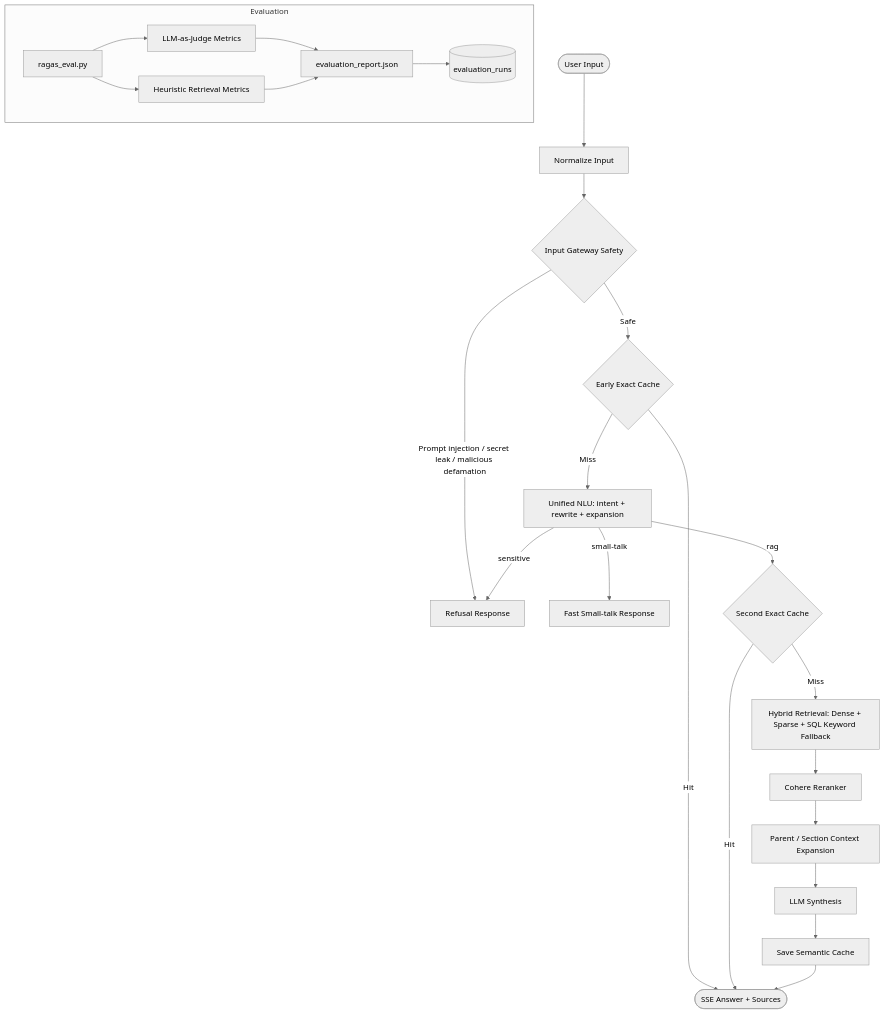
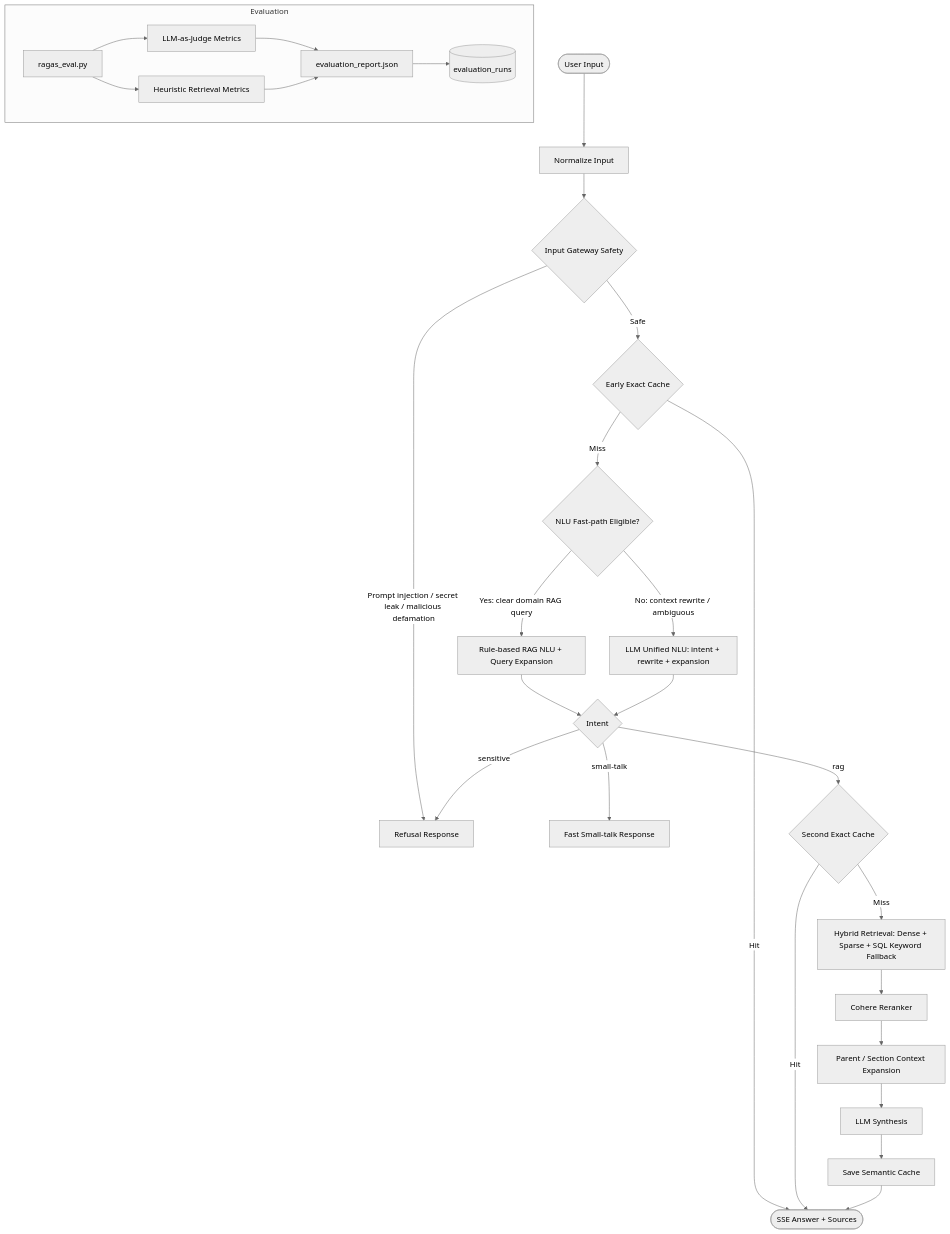
Before and after one commit to dungltcn272/XANH_SM_AI_ASSISTANT_V1: the diagram in docs/PIPELINE.md, drawn with Mermaid (neutral theme). The commit also changed other lines of this file and 11 other files, not shown here.

Commit message:
UPDATE PIPELINE NLU FAST_PATH

````diff
--- a/docs/PIPELINE.md
+++ b/docs/PIPELINE.md
@@ -7,30 +7,35 @@
 ```mermaid
 graph TD
     A([User Input]) --> B[Normalize Input]
     B --> C{Input Gateway Safety}
     C -- Prompt injection / secret leak / malicious defamation --> X[Refusal Response]
     C -- Safe --> D{Early Exact Cache}
 
     D -- Hit --> O([SSE Answer + Sources])
-    D -- Miss --> E[Unified NLU: intent + rewrite + expansion]
+    D -- Miss --> E{NLU Fast-path Eligible?}
 
-    E -- small-talk --> S[Fast Small-talk Response]
-    E -- sensitive --> X
-    E -- rag --> F{Second Exact Cache}
+    E -- Yes: clear domain RAG query --> E1[Rule-based RAG NLU + Query Expansion]
+    E -- No: context rewrite / ambiguous --> E2[LLM Unified NLU: intent + rewrite + expansion]
 
-    F -- Hit --> O
-    F -- Miss --> G[Hybrid Retrieval: Dense + Sparse + SQL Keyword Fallback]
-    G --> H[Cohere Reranker]
-    H --> I[Parent / Section Context Expansion]
-    I --> J[LLM Synthesis]
-    J --> K[Save Semantic Cache]
-    K --> O
+    E1 --> F{Intent}
+    E2 --> F
+    F -- small-talk --> S[Fast Small-talk Response]
+    F -- sensitive --> X
+    F -- rag --> G{Second Exact Cache}
+
+    G -- Hit --> O
+    G -- Miss --> H[Hybrid Retrieval: Dense + Sparse + SQL Keyword Fallback]
+    H --> I[Cohere Reranker]
+    I --> J[Parent / Section Context Expansion]
+    J --> K[LLM Synthesis]
+    K --> L[Save Semantic Cache]
+    L --> O
 
     subgraph Evaluation
-      R[ragas_eval.py] --> L[LLM-as-Judge Metrics]
-      R --> M[Heuristic Retrieval Metrics]
-      L --> N[evaluation_report.json]
-      M --> N
-      N --> P[(evaluation_runs)]
+      R[ragas_eval.py] --> M[LLM-as-Judge Metrics]
+      R --> N[Heuristic Retrieval Metrics]
+      M --> P[evaluation_report.json]
+      N --> P
+      P --> Q[(evaluation_runs)]
     end
 ```
````
